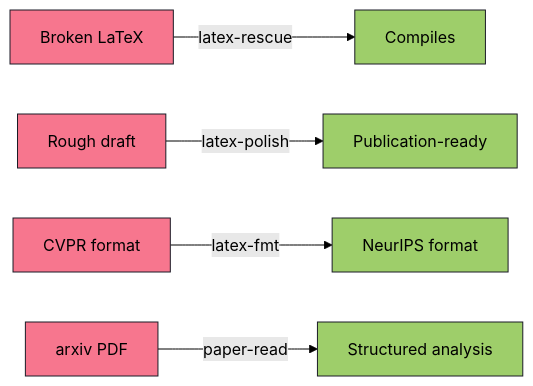
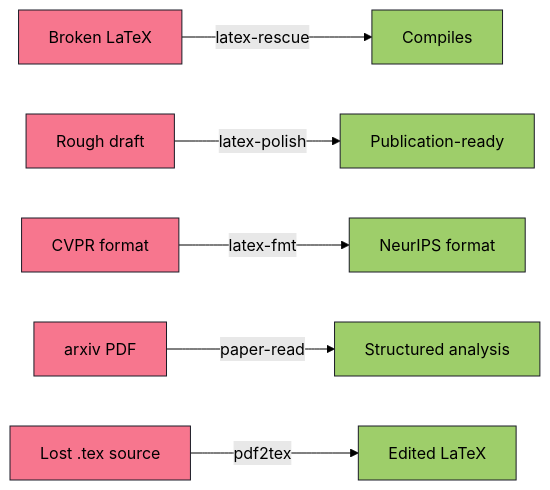
One commit to Calix-L/awesome-latex-skills changed the first of 2 diagrams in README.md. Above: the diagram before and after it, drawn with Mermaid (forest theme). The commit also changed other lines of this file and 13 other files, not shown here.

First line of the commit message:
Add pdf2tex skill: PDF to LaTeX source reconstruction

````diff
--- a/README.md
+++ b/README.md
@@ -59,16 +60,19 @@
 ```mermaid
 flowchart LR
     A[Broken LaTeX] -->|latex-rescue| B[Compiles]
     C[Rough draft] -->|latex-polish| D[Publication-ready]
     E[CVPR format] -->|latex-fmt| F[NeurIPS format]
     G[arxiv PDF] -->|paper-read| H[Structured analysis]
+    I[Lost .tex source] -->|pdf2tex| J[Edited LaTeX]
 
     style A fill:#f7768e,stroke:#1a1b26
     style C fill:#f7768e,stroke:#1a1b26
     style E fill:#f7768e,stroke:#1a1b26
     style G fill:#f7768e,stroke:#1a1b26
+    style I fill:#f7768e,stroke:#1a1b26
     style B fill:#9ece6a,stroke:#1a1b26
     style D fill:#9ece6a,stroke:#1a1b26
     style F fill:#9ece6a,stroke:#1a1b26
     style H fill:#9ece6a,stroke:#1a1b26
+    style J fill:#9ece6a,stroke:#1a1b26
 ```
````
